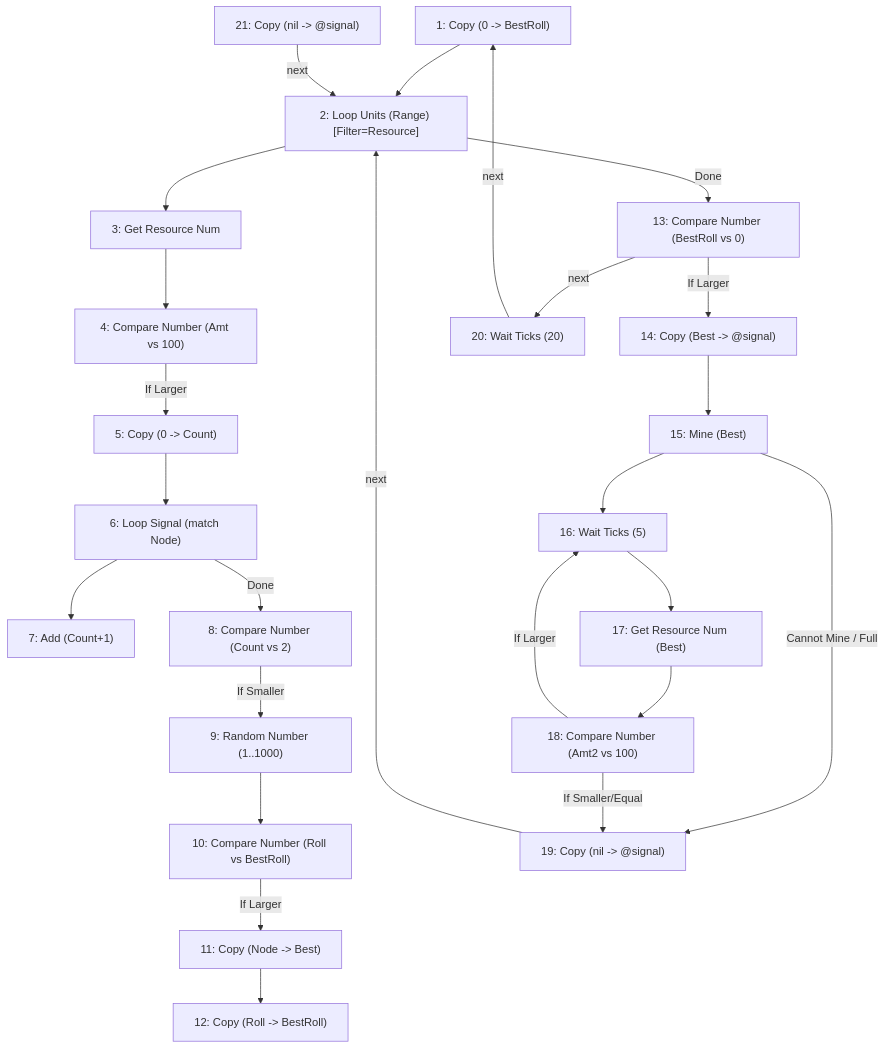
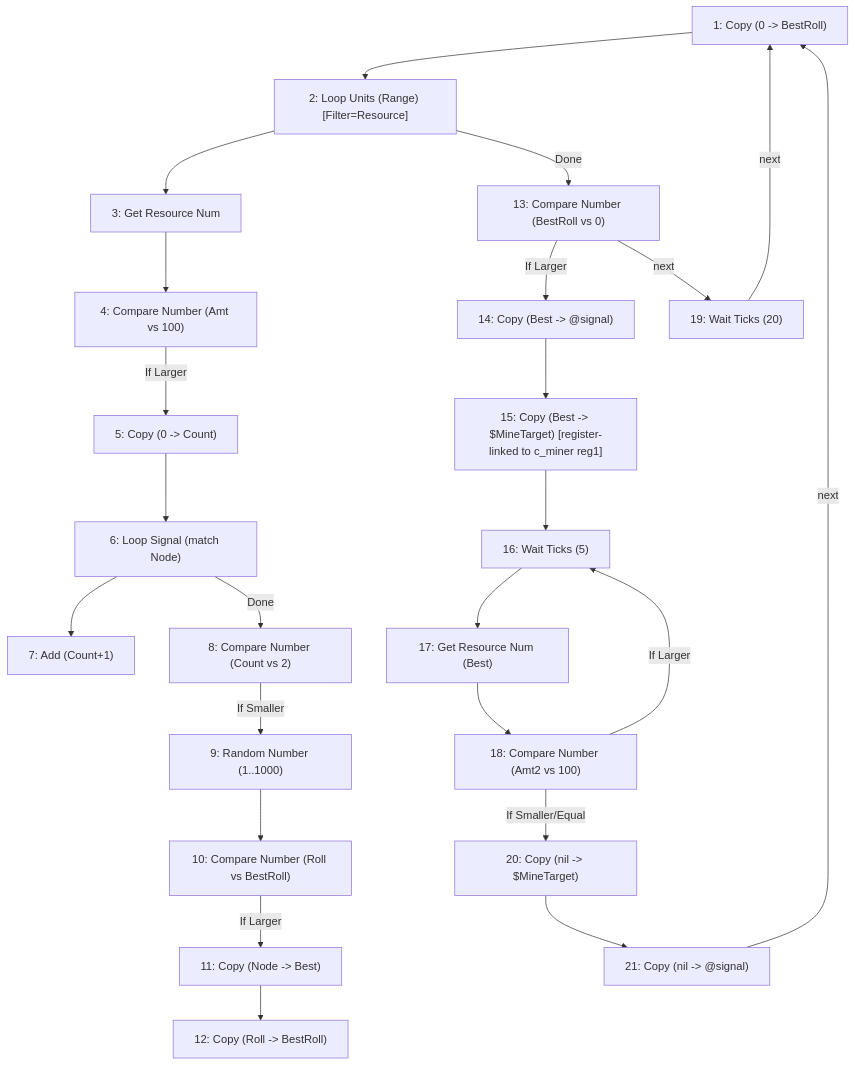
The diagram in blight_magnifier_mining.md (johnfb/desynced-behaviors), drawn with Mermaid before and after one commit. The commit also changed other lines of this file, not shown here.

````diff
--- a/blight_magnifier_mining.md
+++ b/blight_magnifier_mining.md
@@ -309,49 +395,48 @@
 ```mermaid
 flowchart TD
   n1["1: Copy (0 -> BestRoll)"]
   n2["2: Loop Units (Range) [Filter=Resource]"]
   n3["3: Get Resource Num"]
   n4["4: Compare Number (Amt vs 100)"]
   n5["5: Copy (0 -> Count)"]
   n6["6: Loop Signal (match Node)"]
   n7["7: Add (Count+1)"]
   n8["8: Compare Number (Count vs 2)"]
   n9["9: Random Number (1..1000)"]
   n10["10: Compare Number (Roll vs BestRoll)"]
   n11["11: Copy (Node -> Best)"]
   n12["12: Copy (Roll -> BestRoll)"]
   n13["13: Compare Number (BestRoll vs 0)"]
   n14["14: Copy (Best -> @signal)"]
-  n15["15: Mine (Best)"]
+  n15["15: Copy (Best -> $MineTarget) [register-linked to c_miner reg1]"]
   n16["16: Wait Ticks (5)"]
   n17["17: Get Resource Num (Best)"]
   n18["18: Compare Number (Amt2 vs 100)"]
-  n19["19: Copy (nil -> @signal)"]
-  n20["20: Wait Ticks (20)"]
+  n19["19: Wait Ticks (20)"]
+  n20["20: Copy (nil -> $MineTarget)"]
   n21["21: Copy (nil -> @signal)"]
 
   n1 --> n2
   n2 --> n3
   n2 -->|Done| n13
   n3 --> n4
   n4 -->|If Larger| n5
   n5 --> n6
   n6 --> n7
   n6 -->|Done| n8
   n8 -->|If Smaller| n9
   n9 --> n10
   n10 -->|If Larger| n11
   n11 --> n12
   n13 -->|If Larger| n14
-  n13 -->|next| n20
+  n13 -->|next| n19
   n14 --> n15
-  n15 -->|Cannot Mine / Full| n19
   n15 --> n16
   n16 --> n17
   n17 --> n18
   n18 -->|If Larger| n16
-  n18 -->|If Smaller/Equal| n19
-  n19 -->|next| n2
-  n20 -->|next| n1
-  n21 -->|next| n2
+  n18 -->|If Smaller/Equal| n20
+  n19 -->|next| n1
+  n20 --> n21
+  n21 -->|next| n1
 ```
````
